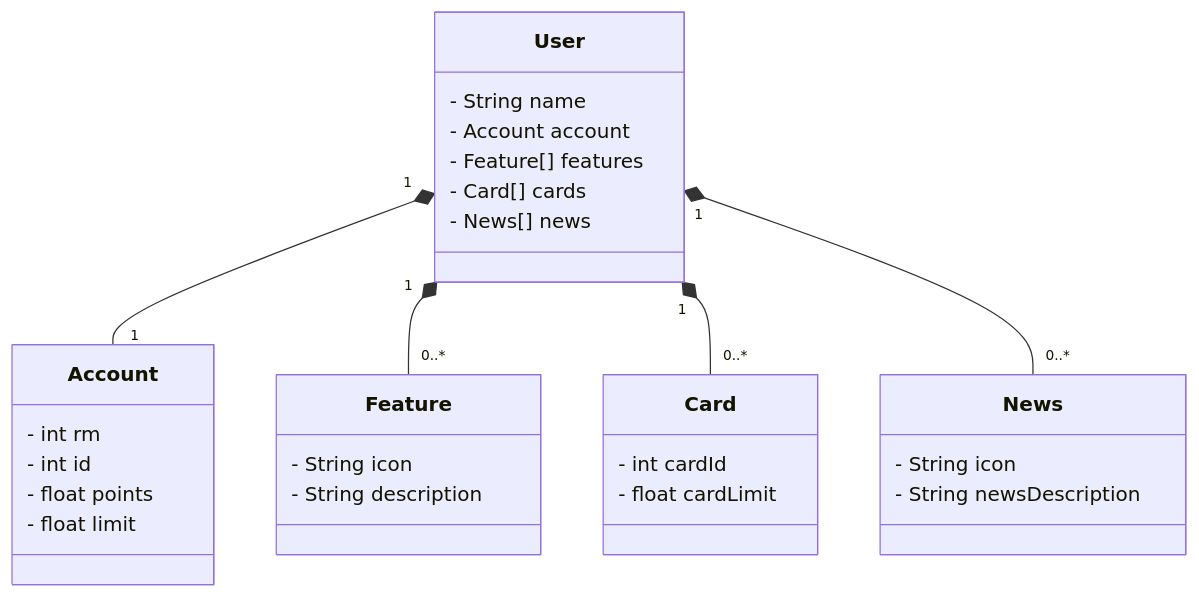
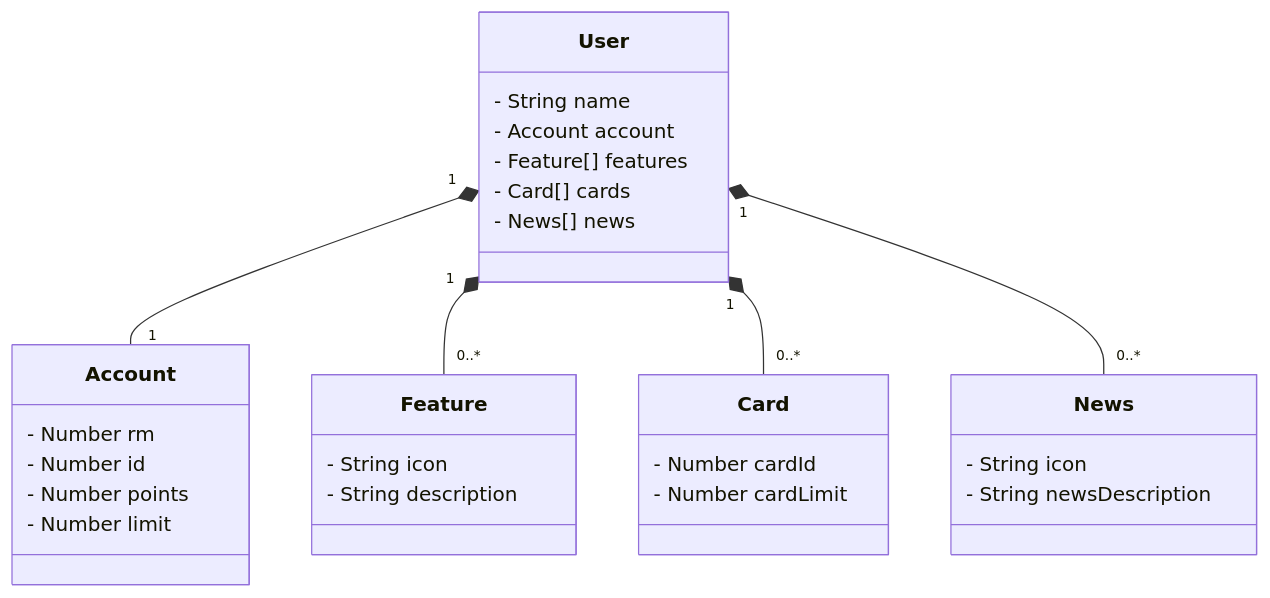
One commit to gusmaomath/banking-domain changed the diagram in README.md. Above: the diagram before and after it, drawn with Mermaid.

````diff
--- a/README.md
+++ b/README.md
@@ -19,37 +19,37 @@
 ```mermaid
 classDiagram
   class User {
     - String name
     - Account account
     - Feature[] features
     - Card[] cards
     - News[] news
   }
 
   class Account {
-    - int rm
-    - int id
-    - float points
-    - float limit
+    - Number rm
+    - Number id
+    - Number points
+    - Number limit
   }
 
   class Feature {
     - String icon
     - String description
   }
     
   class Card {
-    - int cardId
-    - float cardLimit
+    - Number cardId
+    - Number cardLimit
   }
     
   class News {
     - String icon
     - String newsDescription
   }
 
   User "1" *-- "1" Account
   User "1" *-- "0..*" Feature
   User "1" *-- "0..*" Card
   User "1" *-- "0..*" News
 ```
````
